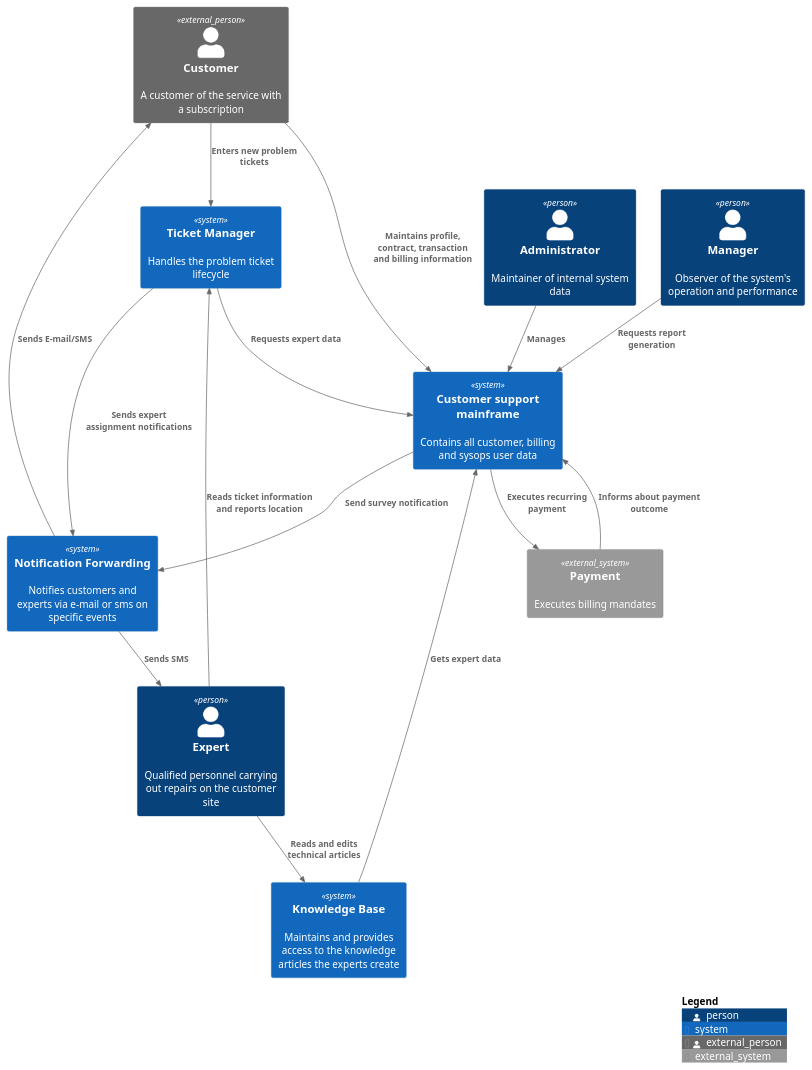
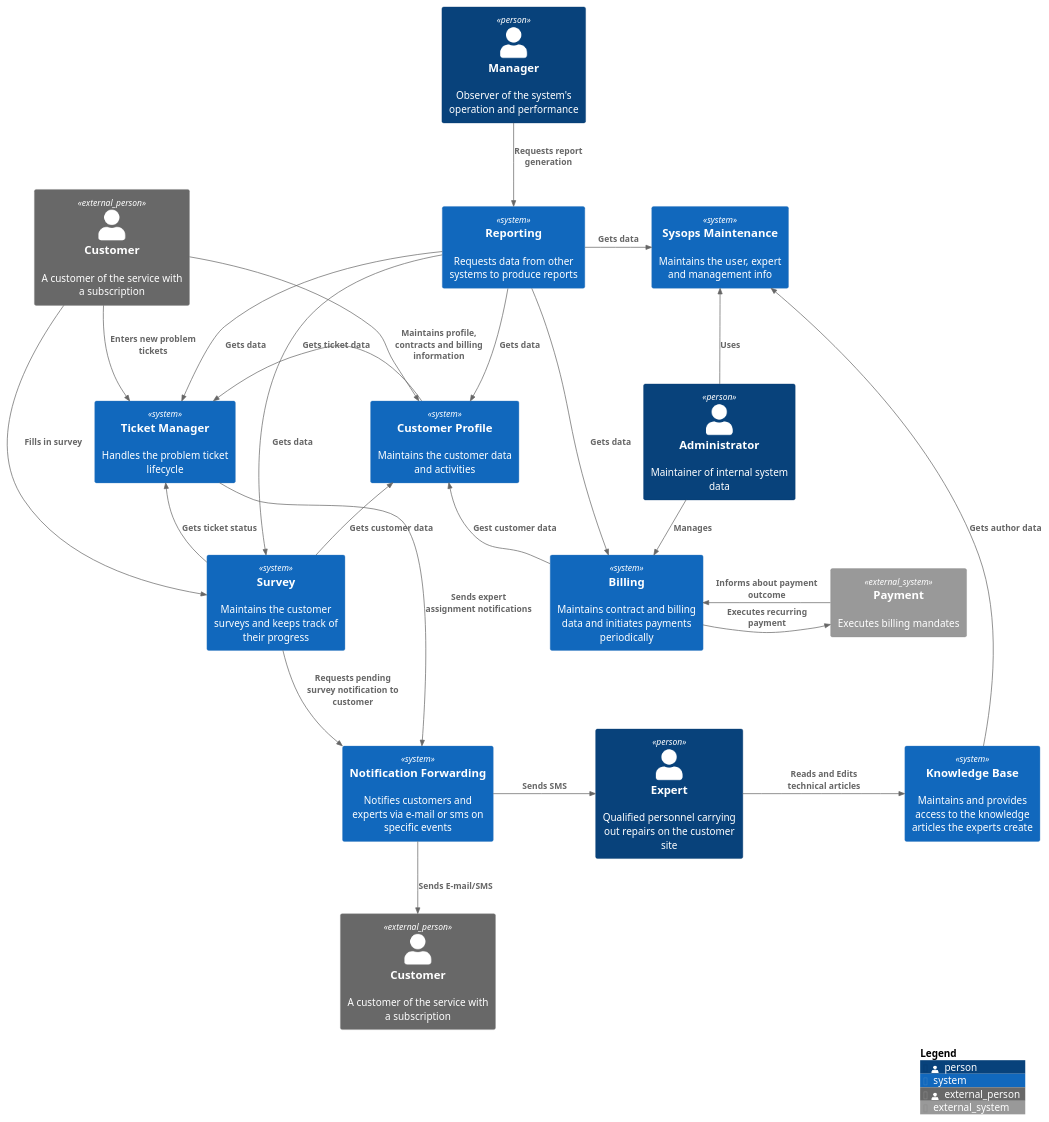
One commit to gantonopoulos/ganymed changed the diagram in Doc/Diagrams/1. Context/Context.md. Above: the diagram before and after it, drawn with PlantUML. The commit also changed other lines of this file and 4 other files, not shown here.

Commit message:
- Revamps the context diagram. - Creates the reporting system container diagram

````diff
--- a/Doc/Diagrams/1. Context/Context.md
+++ b/Doc/Diagrams/1. Context/Context.md
@@ -3,45 +1,66 @@
 ```plantuml
 
 @startuml 
 !includeurl https://raw.githubusercontent.com/plantuml-stdlib/C4-PlantUML/v2.2.0/C4_Context.puml
 !includeurl https://raw.githubusercontent.com/plantuml-stdlib/C4-PlantUML/v2.2.0/C4_Container.puml
 !includeurl https://raw.githubusercontent.com/plantuml-stdlib/C4-PlantUML/v2.2.0/C4_Component.puml
 
+
 Person_Ext(customer, "Customer", "A customer of the service with a subscription")
+Person_Ext(customer_1, "Customer", "A customer of the service with a subscription")
 Person(sysopsExpert,"Expert", "Qualified personnel carrying out repairs on the customer site")
 Person(sysopsAdmin, "Administrator", "Maintainer of internal system data")
-Person(sysopsManager, "Manager", "Observer of the system's operation and performance")
+Person(manager, "Manager", "Observer of the system's operation and performance")
 
+System(notificationForwarding, "Notification Forwarding", "Notifies customers and experts via e-mail or sms on specific events")
+System(sysopsManager, "Sysops Maintenance", "Maintains the user, expert and management info")
+System(customerProfile,"Customer Profile", "Maintains the customer data and activities")
+System(billing, "Billing", "Maintains contract and billing data and initiates payments periodically")
+System(reporting, "Reporting","Requests data from other systems to produce reports")
+System(knowledgeBase,"Knowledge Base", "Maintains and provides access to the knowledge articles the experts create")
+System(survey, "Survey", "Maintains the customer surveys and keeps track of their progress")
+System_Ext(payment, "Payment", "Executes billing mandates")
 System(ticketManagement, "Ticket Manager", "Handles the problem ticket lifecycle")
-System(supportMainframe, "Customer support mainframe", "Contains all customer, billing and sysops user data")
-System(notificationForwarding, "Notification Forwarding", "Notifies customers and experts via e-mail or sms on specific events")
-System(knowledgeBase,"Knowledge Base", "Maintains and provides access to the knowledge articles the experts create")
-System_Ext(payment, "Payment", "Executes billing mandates")
 
-Rel(customer, ticketManagement, "Enters new problem tickets")
-Rel(customer, supportMainframe, "Maintains profile, contract, transaction and billing information")
+Rel_D(manager, reporting, "Requests report generation")
+Rel_D(reporting, ticketManagement, "Gets data")
+Rel_D(reporting, customerProfile, "Gets data")
+Rel_R(reporting, sysopsManager, "Gets data")
+Rel_R(reporting, billing, "Gets data")
+Rel_D(reporting, survey, "Gets data")
 
-Rel(sysopsAdmin, supportMainframe, "Manages")
+Rel_R(billing, payment, "Executes recurring payment")
+Rel_L(payment, billing, "Informs about payment outcome")
+Rel_U(survey, customerProfile, "Gets customer data")
+Rel_U(survey, ticketManagement, "Gets ticket status")
+Rel_D(survey, notificationForwarding, "Requests pending survey notification to customer")
+Rel_D(notificationForwarding, customer_1, "Sends E-mail/SMS")
 
-Rel(sysopsManager, supportMainframe, "Requests report generation")
+Rel_D(ticketManagement, notificationForwarding, "Sends expert assignment notifications")
+Rel_R(notificationForwarding, sysopsExpert, "Sends SMS")
 
-Rel(sysopsExpert, knowledgeBase, "Reads and edits technical articles")
-Rel(sysopsExpert, ticketManagement, "Reads ticket information and reports location")
+Rel_R(sysopsExpert, knowledgeBase, "Reads and Edits technical articles")
+Rel_U(knowledgeBase, sysopsManager, "Gets author data")
+' Rel_U(knowledgeBase, ticketManagement, "Gets completed ticket info")
+ 
 
-Rel(notificationForwarding, customer, "Sends E-mail/SMS")
-Rel(notificationForwarding, sysopsExpert, "Sends SMS")
+Rel_D(customer, ticketManagement, "Enters new problem tickets")
+Rel_D(customer, customerProfile, "Maintains profile, contracts and billing information")
+Rel_D(customer, survey, "Fills in survey")
+Rel_U(billing, customerProfile, "Gest customer data")
 
-Rel(ticketManagement, notificationForwarding, "Sends expert assignment notifications")
-Rel(ticketManagement, supportMainframe, "Requests expert data")
-Rel(supportMainframe, notificationForwarding, "Send survey notification")
-Rel(supportMainframe, payment, "Executes recurring payment")
 
-Rel(payment, supportMainframe, "Informs about payment outcome")
+Rel_L(customerProfile, ticketManagement, "Gets ticket data")
+Rel_U(sysopsAdmin, sysopsManager, "Uses")
+Rel_D(sysopsAdmin, billing, "Manages")
 
-Rel(knowledgeBase, supportMainframe, "Gets expert data")
+ 
+
+
+' 
 
 
 SHOW_LEGEND(false)
 @enduml
 
 ```
````
